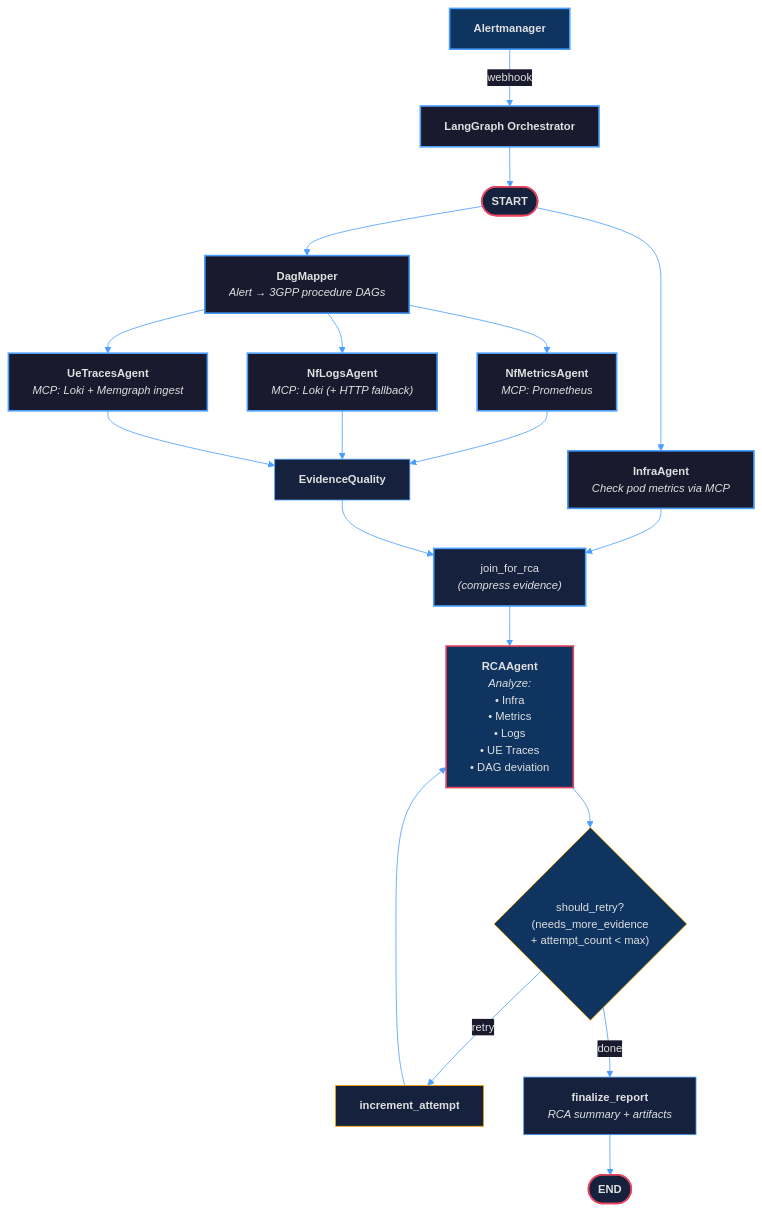
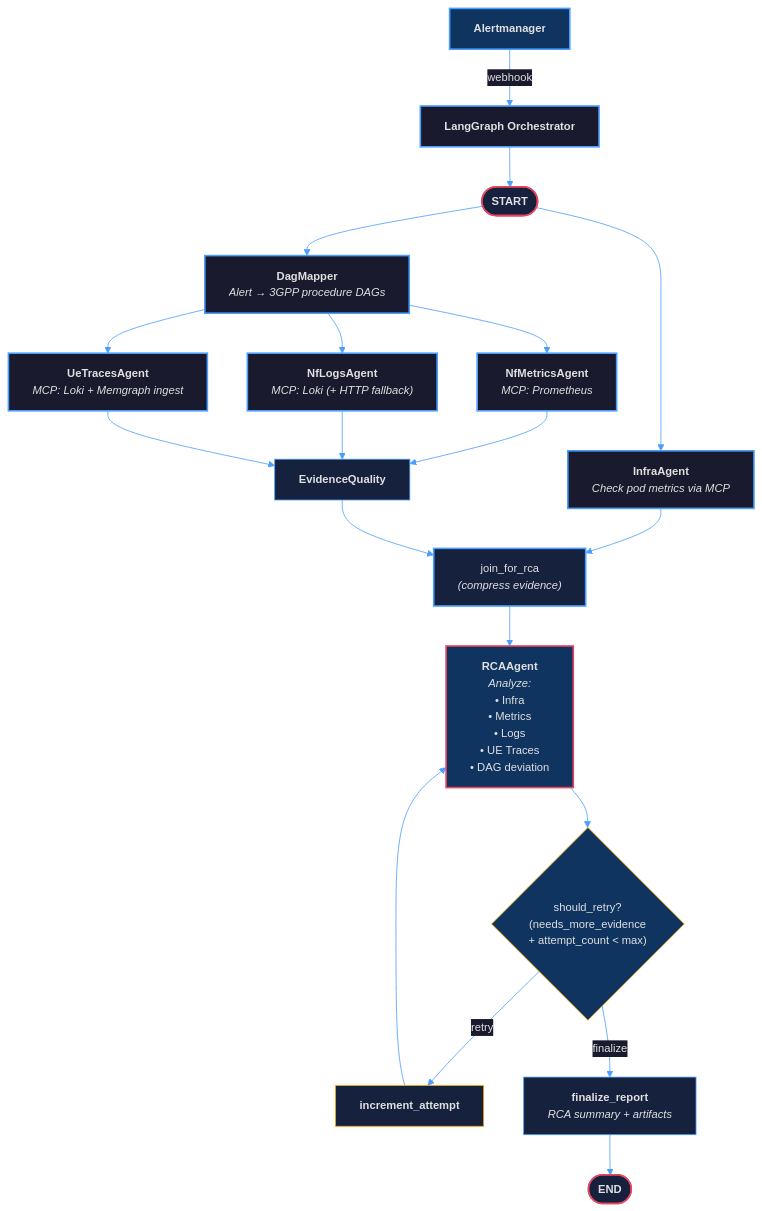
The diagram in docs/workflow_diagram.mermaid (skapoula/5g-triage-agent), drawn with Mermaid before and after one commit.

Commit message:
docs: fix workflow diagram retry label to 'finalize' (matches graph.py)

```diff
--- a/docs/workflow_diagram.mermaid
+++ b/docs/workflow_diagram.mermaid
@@ -1,41 +1,41 @@
 %%{init: {'theme': 'base', 'themeVariables': { 'primaryColor': '#1a1a2e', 'primaryTextColor': '#e0e0e0', 'primaryBorderColor': '#4a9eff', 'lineColor': '#4a9eff', 'secondaryColor': '#16213e', 'tertiaryColor': '#0f3460', 'background': '#0d1117', 'mainBkg': '#1a1a2e', 'nodeBorder': '#4a9eff', 'clusterBkg': '#16213e', 'clusterBorder': '#4a9eff', 'edgeLabelBackground': '#1a1a2e', 'fontFamily': 'Inter, Segoe UI, sans-serif', 'fontSize': '14px' }}}%%
 flowchart TD
     A["<b>Alertmanager</b>"] -->|webhook| B["<b>LangGraph Orchestrator</b>"]
     B --> C(["<b>START</b>"])
 
     C --> D["<b>InfraAgent</b><br/><i>Check pod metrics via MCP</i>"]
     C --> DM["<b>DagMapper</b><br/><i>Alert → 3GPP procedure DAGs</i>"]
 
     DM --> E["<b>NfMetricsAgent</b><br/><i>MCP: Prometheus</i>"]
     DM --> E2["<b>NfLogsAgent</b><br/><i>MCP: Loki (+ HTTP fallback)</i>"]
     DM --> E3["<b>UeTracesAgent</b><br/><i>MCP: Loki + Memgraph ingest</i>"]
 
     E --> F["<b>EvidenceQuality</b>"]
     E2 --> F
     E3 --> F
 
     D --> JR
     F --> JR["join_for_rca<br/><i>(compress evidence)</i>"]
     JR --> G["<b>RCAAgent</b><br/><i>Analyze:</i><br/>• Infra<br/>• Metrics<br/>• Logs<br/>• UE Traces<br/>• DAG deviation"]
 
     G --> RETRY{"should_retry?\n(needs_more_evidence\n+ attempt_count < max)"}
     RETRY -->|"retry"| INC["<b>increment_attempt</b>"]
     INC --> G
-    RETRY -->|"done"| H["<b>finalize_report</b><br/><i>RCA summary + artifacts</i>"]
+    RETRY -->|"finalize"| H["<b>finalize_report</b><br/><i>RCA summary + artifacts</i>"]
     H --> I(["<b>END</b>"])
 
     style A fill:#0f3460,stroke:#4a9eff,stroke-width:2px,color:#e0e0e0
     style B fill:#1a1a2e,stroke:#4a9eff,stroke-width:2px,color:#e0e0e0
     style C fill:#16213e,stroke:#e94560,stroke-width:2px,color:#e0e0e0
     style D fill:#1a1a2e,stroke:#4a9eff,stroke-width:2px,color:#e0e0e0
     style DM fill:#1a1a2e,stroke:#4a9eff,stroke-width:2px,color:#e0e0e0
     style E fill:#1a1a2e,stroke:#4a9eff,stroke-width:2px,color:#e0e0e0
     style E2 fill:#1a1a2e,stroke:#4a9eff,stroke-width:2px,color:#e0e0e0
     style E3 fill:#1a1a2e,stroke:#4a9eff,stroke-width:2px,color:#e0e0e0
     style F fill:#16213e,stroke:#4a9eff,stroke-width:1px,color:#e0e0e0
     style JR fill:#16213e,stroke:#4a9eff,stroke-width:2px,color:#e0e0e0
     style G fill:#0f3460,stroke:#e94560,stroke-width:2px,color:#e0e0e0
     style RETRY fill:#0f3460,stroke:#ffaa00,stroke-width:1px,color:#e0e0e0
     style INC fill:#16213e,stroke:#ffaa00,stroke-width:1px,color:#e0e0e0
     style H fill:#16213e,stroke:#4a9eff,stroke-width:1px,color:#e0e0e0
     style I fill:#16213e,stroke:#e94560,stroke-width:2px,color:#e0e0e0
```
